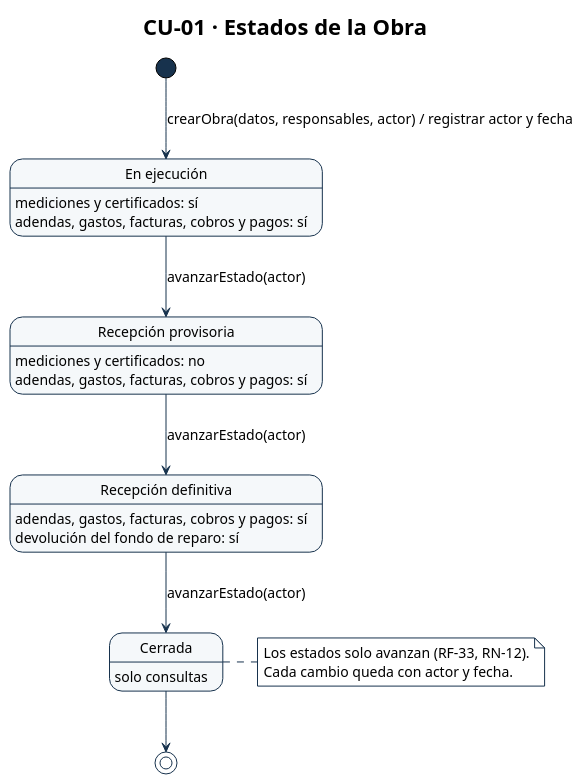
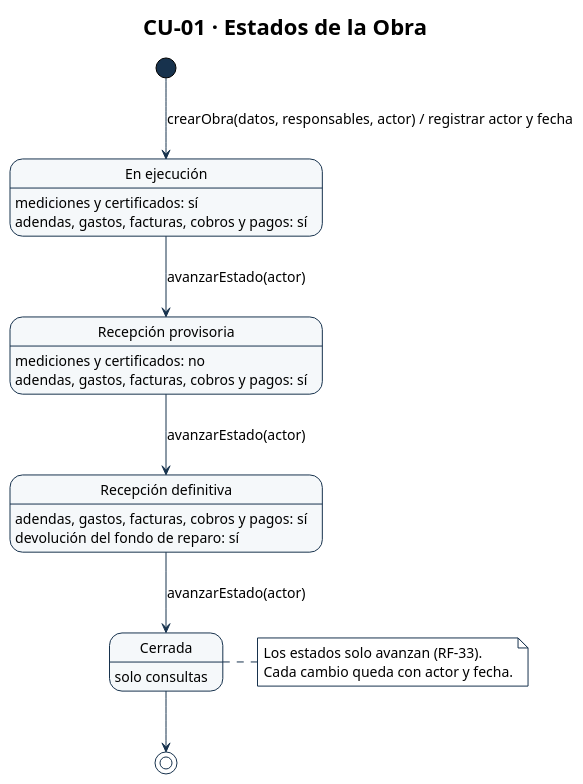
The diagram in diagramas/CU-01-estados.puml (Ssrrb/tpf-uca), drawn with PlantUML before and after one commit. The commit also changed 40 other files, not shown here.

```diff
--- a/diagramas/CU-01-estados.puml
+++ b/diagramas/CU-01-estados.puml
@@ -1,59 +1,59 @@
 @startuml
 !theme plain
 skinparam style strictuml
 skinparam shadowing false
 skinparam defaultFontName Arial
 skinparam defaultFontSize 14
 skinparam ArrowColor #17324D
 skinparam activity {
   StartColor #17324D
   EndColor #17324D
   BarColor #17324D
   BackgroundColor #F5F8FA
   BorderColor #17324D
   DiamondBackgroundColor #EAF2F6
   DiamondBorderColor #17324D
 }
 skinparam swimlane {
   BorderColor #17324D
   TitleBackgroundColor #EAF2F6
 }
 skinparam state {
   StartColor #17324D
   EndColor #17324D
   BackgroundColor #F5F8FA
   BorderColor #17324D
 }
 skinparam package {
   BackgroundColor #EAF2F6
   BorderColor #17324D
 }
 skinparam note {
   BackgroundColor #FFFFFF
   BorderColor #17324D
 }
 title CU-01 · Estados de la Obra
 state "En ejecución" as en_ejecucion
 state "Recepción provisoria" as recepcion_provisoria
 state "Recepción definitiva" as recepcion_definitiva
 state "Cerrada" as cerrada
 
 en_ejecucion : mediciones y certificados: sí
 en_ejecucion : adendas, gastos, facturas, cobros y pagos: sí
 recepcion_provisoria : mediciones y certificados: no
 recepcion_provisoria : adendas, gastos, facturas, cobros y pagos: sí
 recepcion_definitiva : adendas, gastos, facturas, cobros y pagos: sí
 recepcion_definitiva : devolución del fondo de reparo: sí
 cerrada : solo consultas
 
 [*] --> en_ejecucion : crearObra(datos, responsables, actor) / registrar actor y fecha
 en_ejecucion --> recepcion_provisoria : avanzarEstado(actor)
 recepcion_provisoria --> recepcion_definitiva : avanzarEstado(actor)
 recepcion_definitiva --> cerrada : avanzarEstado(actor)
 cerrada --> [*]
 
 note right of cerrada
-  Los estados solo avanzan (RF-33, RN-12).
+  Los estados solo avanzan (RF-33).
   Cada cambio queda con actor y fecha.
 end note
 @enduml
```
